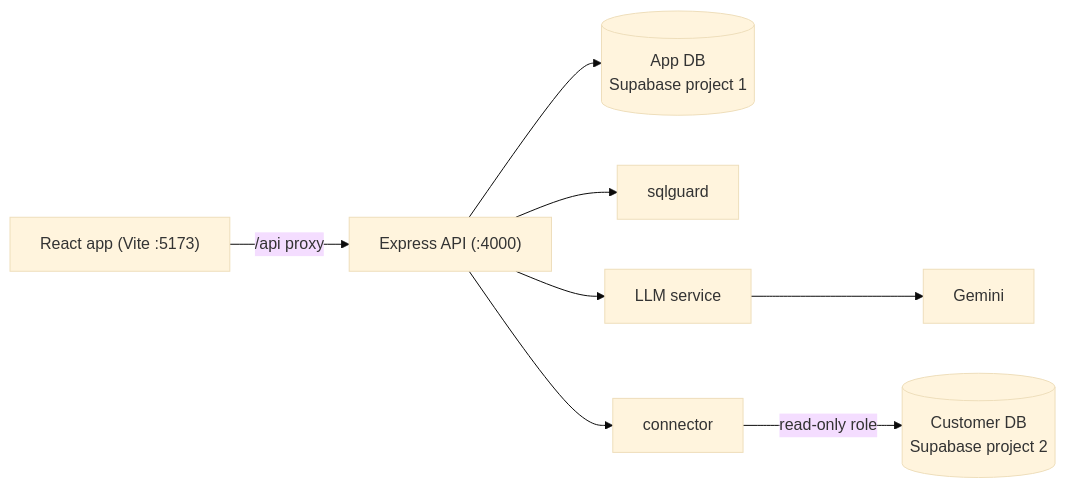
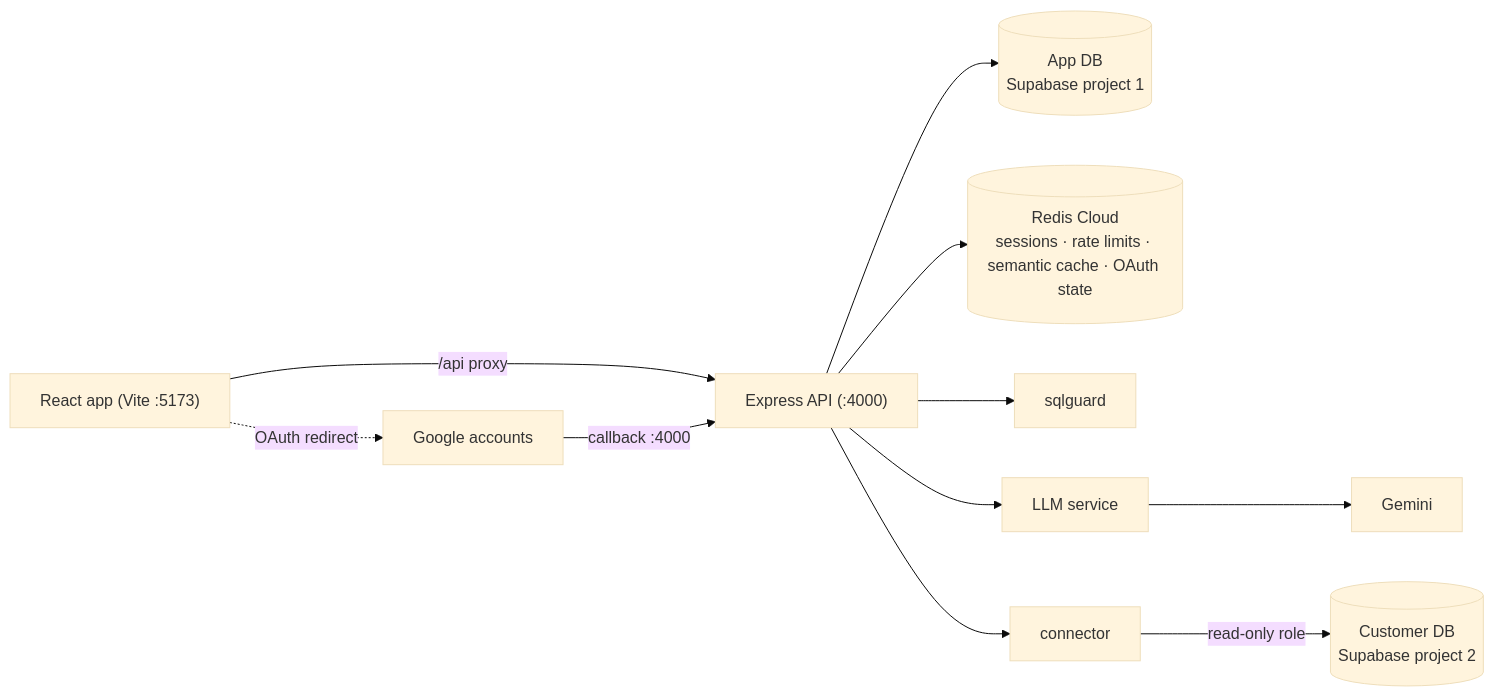
Before and after one commit to ctheface/Querylens: the diagram in README.md, drawn with Mermaid (base theme). The commit also changed other lines of this file and 31 other files, not shown here.

````diff
--- a/README.md
+++ b/README.md
@@ -5,10 +7,13 @@
 ```mermaid
 flowchart LR
     UI["React app (Vite :5173)"] -->|"/api proxy"| API["Express API (:4000)"]
     API --> APPDB[("App DB<br/>Supabase project 1")]
+    API --> REDIS[("Redis Cloud<br/>sessions · rate limits · semantic cache · OAuth state")]
     API --> GUARD["sqlguard"]
     API --> LLM["LLM service"]
     LLM --> PROV["Gemini"]
     API --> CONN["connector"]
     CONN -->|"read-only role"| DEMO[("Customer DB<br/>Supabase project 2")]
+    UI -.->|"OAuth redirect"| GOOGLE["Google accounts"]
+    GOOGLE -->|"callback :4000"| API
 ```
````
